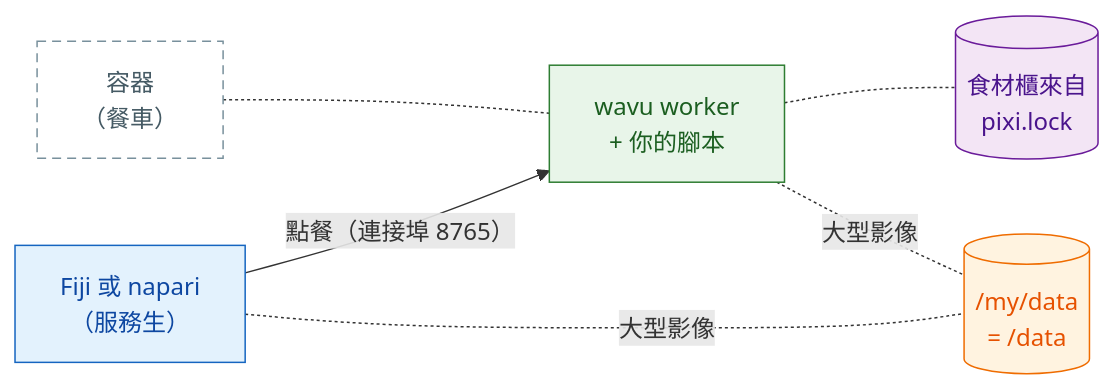
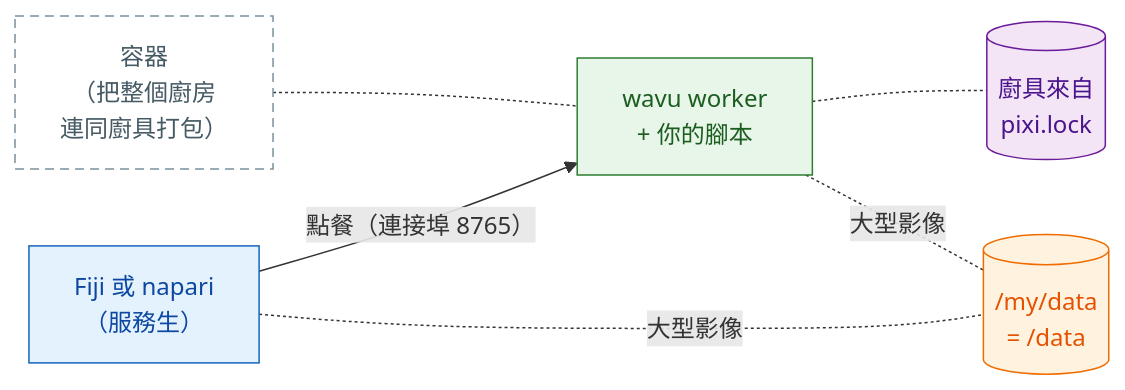
Before and after one commit to Oxford-Zeiss-Centre-of-Excellence/Wavu: the diagram in guide/write/container.zh-Hant.md, drawn with Mermaid. The commit also changed other lines of this file and 221 other files, not shown here.

````diff
--- a/guide/write/container.zh-Hant.md
+++ b/guide/write/container.zh-Hant.md
@@ -10,19 +11,19 @@
 ```mermaid
 flowchart LR
     V["Fiji 或 napari<br/>（服務生）"]:::fiji
-    T["容器<br/>（餐車）"]:::box
+    T["容器<br/>（把整個廚房<br/>連同廚具打包）"]:::box
     W["wavu worker<br/>+ 你的腳本"]:::worker
-    E[("食材櫃來自<br/>pixi.lock")]:::env
+    E[("廚具來自<br/>pixi.lock")]:::env
     D[("/my/data<br/>= /data")]:::script
     V -- "點餐（連接埠 8765）" --> W
     T -.- W
     W -.- E
     V -.-|大型影像| D
     W -.-|大型影像| D
 
     classDef fiji   fill:#e3f2fd,stroke:#1565c0,color:#0d47a1
     classDef worker fill:#e8f5e9,stroke:#2e7d32,color:#1b5e20
     classDef script fill:#fff3e0,stroke:#ef6c00,color:#e65100
     classDef env    fill:#f3e5f5,stroke:#6a1b9a,color:#4a148c
     classDef box    fill:#ffffff,stroke:#78909c,stroke-dasharray: 6 4,color:#455a64
 ```
````
